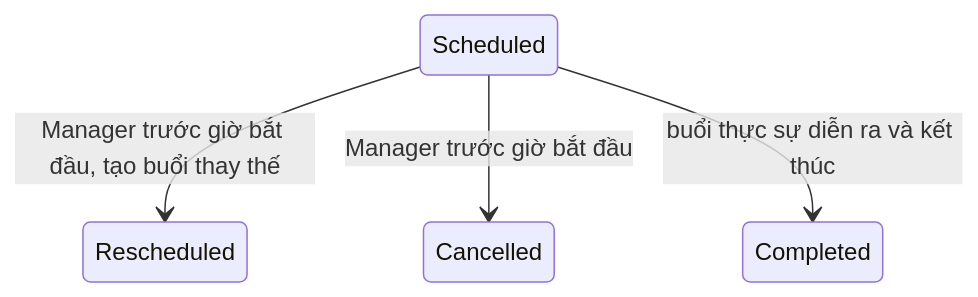
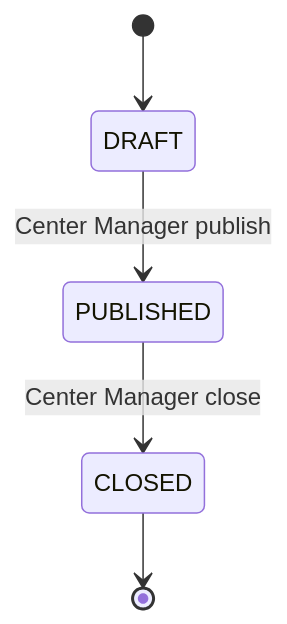
The second of 2 diagrams in docs/Center-Management-System-Design-v2.md (SWP391-SportHub-Group4/sports-center-management-system), drawn with Mermaid before and after one commit. The commit also changed other lines of this file and 13 other files, not shown here.

````diff
--- a/docs/Center-Management-System-Design-v2.md
+++ b/docs/Center-Management-System-Design-v2.md
@@ -632,6 +392,7 @@
 ```mermaid
 stateDiagram-v2
-    Scheduled --> Rescheduled: Manager trước giờ bắt đầu, tạo buổi thay thế
-    Scheduled --> Cancelled: Manager trước giờ bắt đầu
-    Scheduled --> Completed: buổi thực sự diễn ra và kết thúc
+    [*] --> DRAFT
+    DRAFT --> PUBLISHED: Center Manager publish
+    PUBLISHED --> CLOSED: Center Manager close
+    CLOSED --> [*]
 ```
````
